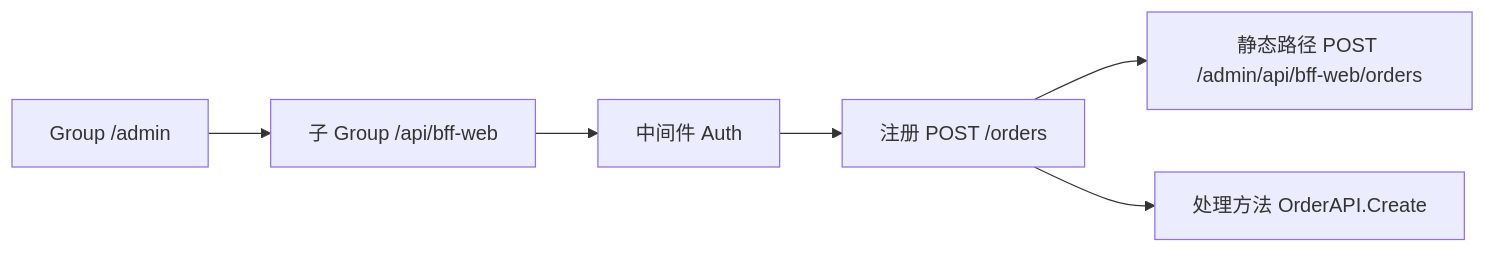
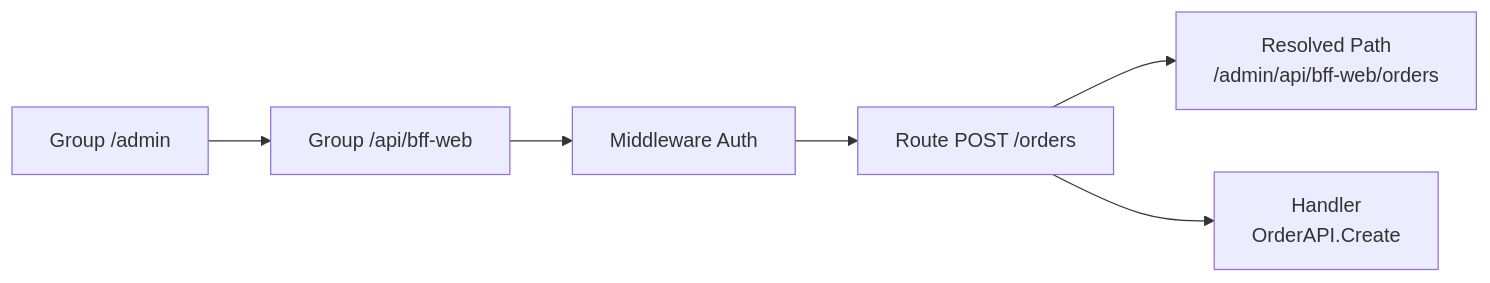
One commit to Flying-Bird1999/go-analyzer changed diagram 12 of 17 in TECH-DESIGN-impact-analysis.md. Above: the diagram before and after it, drawn with Mermaid. The commit also changed other lines of this file and 1 other file, not shown here.

````diff
--- a/TECH-DESIGN-impact-analysis.md
+++ b/TECH-DESIGN-impact-analysis.md
@@ -566,12 +889,12 @@
 ```mermaid
 flowchart LR
     G1["Group /admin"]
-    G2["子 Group /api/bff-web"]
-    MW["中间件 Auth"]
-    ROUTE["注册 POST /orders"]
-    FULL["静态路径 POST /admin/api/bff-web/orders"]
-    HANDLER["处理方法 OrderAPI.Create"]
+    G2["Group /api/bff-web"]
+    MW["Middleware Auth"]
+    ROUTE["Route POST /orders"]
+    PATH["Resolved Path<br/>/admin/api/bff-web/orders"]
+    HANDLER["Handler<br/>OrderAPI.Create"]
 
-    G1 --> G2 --> MW --> ROUTE --> FULL
+    G1 --> G2 --> MW --> ROUTE --> PATH
     ROUTE --> HANDLER
 ```
````
